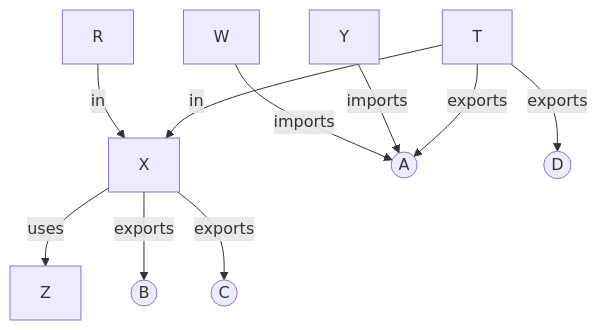
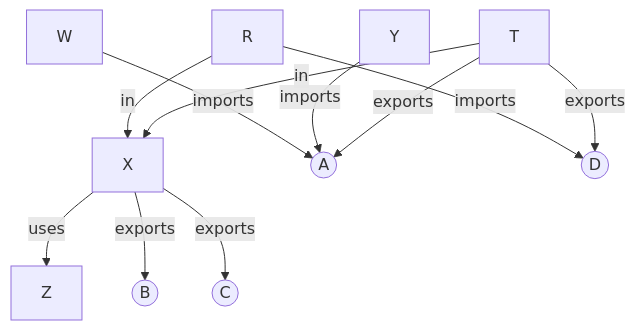
One commit to maglocvnus/data changed the diagram in m/modularisation.md. Above: the diagram before and after it, drawn with Mermaid.

Commit message:
Add import relationship from 'r' to 'd'

````diff
--- a/m/modularisation.md
+++ b/m/modularisation.md
@@ -13,23 +13,24 @@
 ```mermaid
 graph TD
   r[R]
   t[T]
   x[X]
   y[Y]
   z[Z]
   w[W]
   a((A))
   b((B))
   c((C))
   d((D))
+  r -- imports --> d
   r -- in --> x
   t -- in --> x
   x -- uses --> z
   w -- imports --> a
   y -- imports --> a
   t -- exports --> d
   t -- exports --> a
   x -- exports --> b
   x -- exports --> c
 
 ```
````
